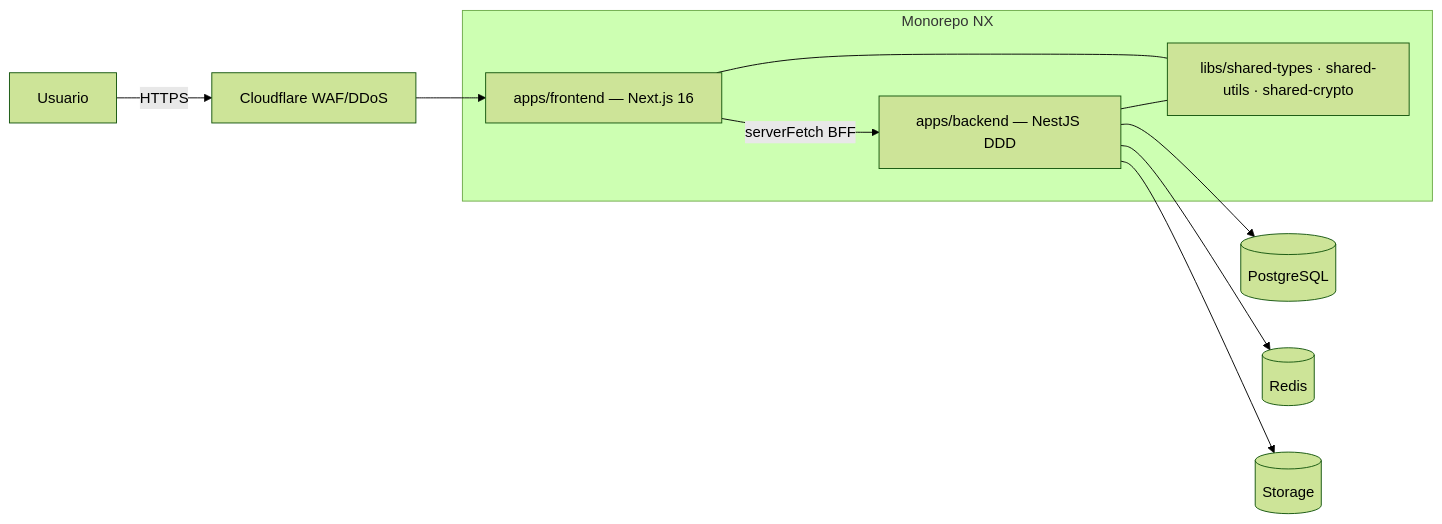
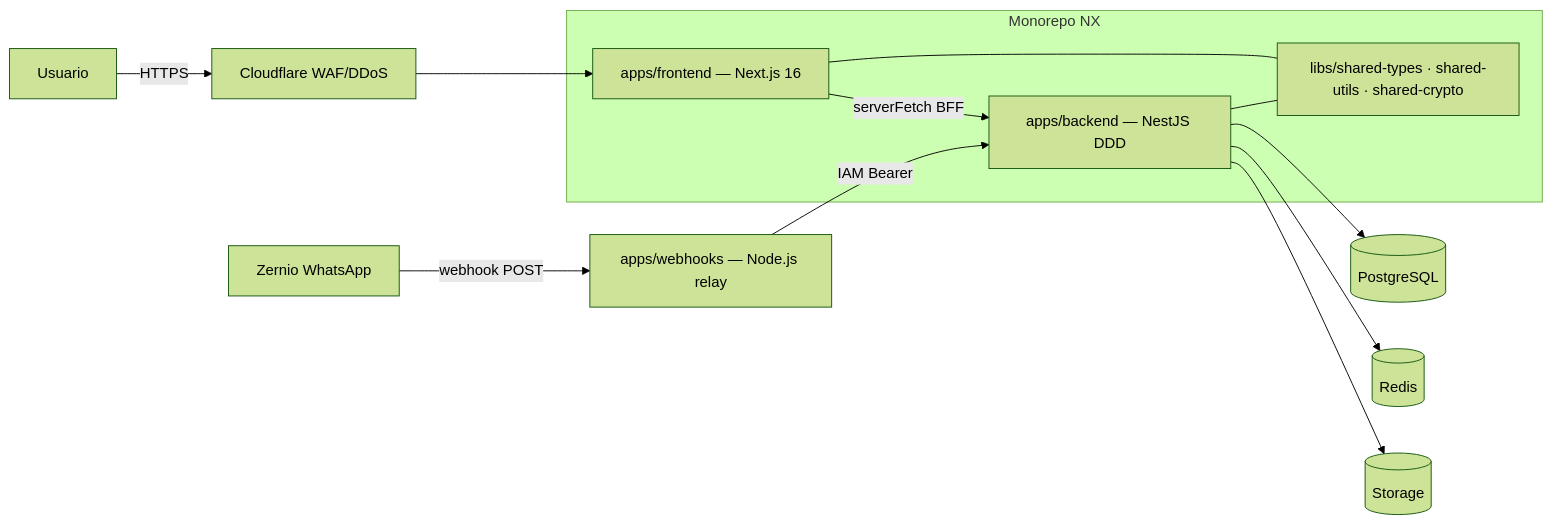
Before and after one commit to jesussolanob/medsaas-venezuela: the diagram in memory-bank/01-architecture.md, drawn with Mermaid (forest theme). The commit also changed other lines of this file and 24 other files, not shown here.

First line of the commit message:
feat(webhooks): add standalone deltasalud-webhooks relay service

````diff
--- a/memory-bank/01-architecture.md
+++ b/memory-bank/01-architecture.md
@@ -8,13 +8,15 @@
 ```mermaid
 flowchart LR
   U[Usuario] -->|HTTPS| CF[Cloudflare WAF/DDoS]
   CF --> FE[apps/frontend — Next.js 16]
   FE -->|serverFetch BFF| BE[apps/backend — NestJS DDD]
   BE --> PG[(PostgreSQL)]
   BE --> R[(Redis)]
   BE --> GCS[(Storage)]
+  Z[Zernio WhatsApp] -->|webhook POST| WH[apps/webhooks — Node.js relay]
+  WH -->|IAM Bearer| BE
   subgraph Monorepo NX
     FE --- LIBS[libs/shared-types · shared-utils · shared-crypto]
     BE --- LIBS
   end
 ```
````
